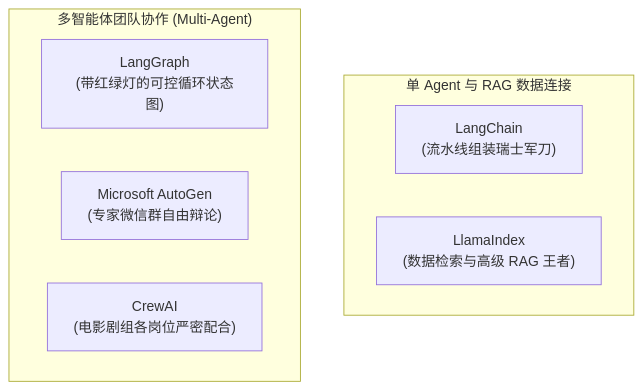
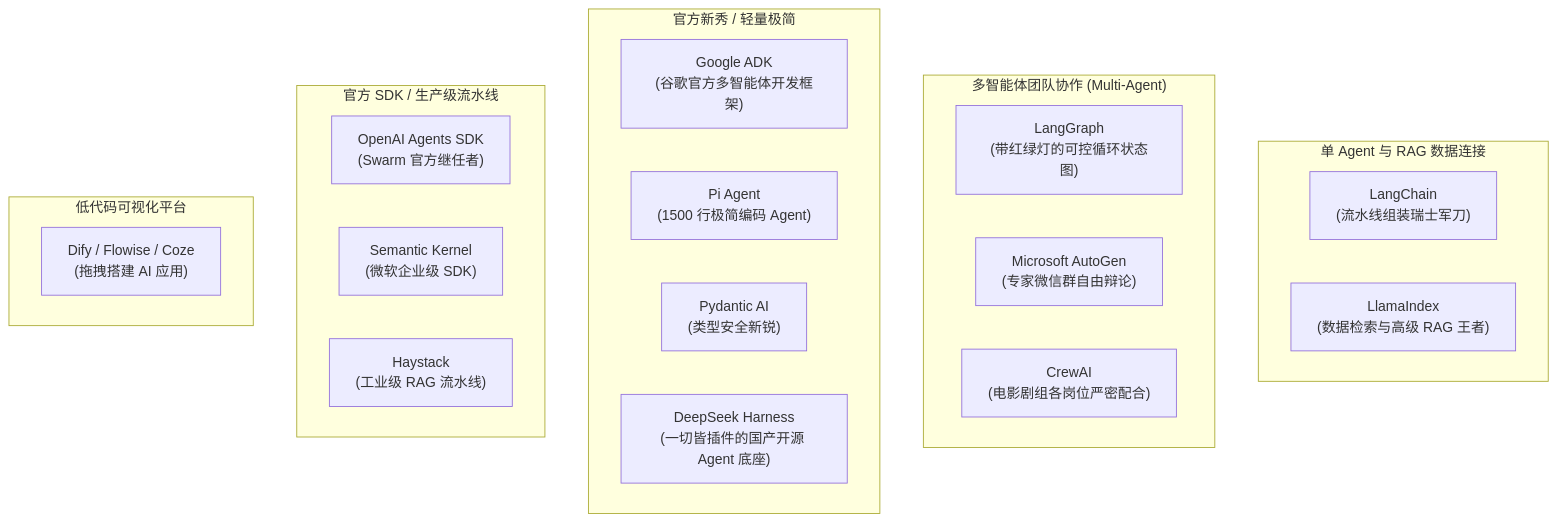
Before and after one commit to buffer121328/vibe-coding-and-agents: the first of 2 diagrams in 02_概念扫盲/12_主流开发框架全景.md, drawn with Mermaid. The commit also changed other lines of this file and 22 other files, not shown here.

````diff
--- a/02_概念扫盲/12_主流开发框架全景.md
+++ b/02_概念扫盲/12_主流开发框架全景.md
@@ -9,13 +9,30 @@
 ```mermaid
 graph TD
     subgraph SingleAgent ["单 Agent 与 RAG 数据连接"]
         LC["LangChain<br/>(流水线组装瑞士军刀)"]
         LI["LlamaIndex<br/>(数据检索与高级 RAG 王者)"]
     end
 
     subgraph MultiAgent ["多智能体团队协作 (Multi-Agent)"]
         LG["LangGraph<br/>(带红绿灯的可控循环状态图)"]
         AG["Microsoft AutoGen<br/>(专家微信群自由辩论)"]
         CA["CrewAI<br/>(电影剧组各岗位严密配合)"]
     end
+
+    subgraph NewStars ["官方新秀 / 轻量极简"]
+        ADK["Google ADK<br/>(谷歌官方多智能体开发框架)"]
+        PI["Pi Agent<br/>(1500 行极简编码 Agent)"]
+        PA["Pydantic AI<br/>(类型安全新锐)"]
+        DSH["DeepSeek Harness<br/>(一切皆插件的国产开源 Agent 底座)"]
+    end
+
+    subgraph OfficialSDK ["官方 SDK / 生产级流水线"]
+        OAS["OpenAI Agents SDK<br/>(Swarm 官方继任者)"]
+        SK["Semantic Kernel<br/>(微软企业级 SDK)"]
+        HS["Haystack<br/>(工业级 RAG 流水线)"]
+    end
+
+    subgraph LowCode ["低代码可视化平台"]
+        DF["Dify / Flowise / Coze<br/>(拖拽搭建 AI 应用)"]
+    end
 ```
````
